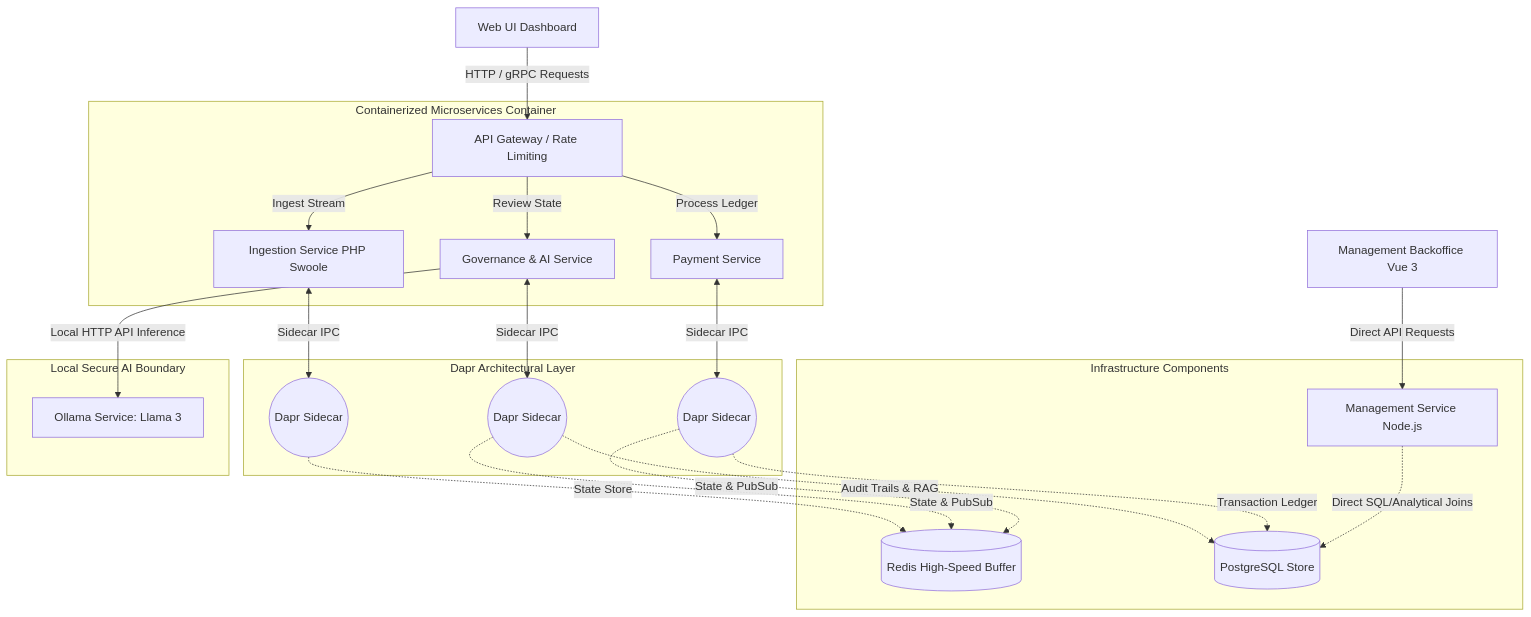
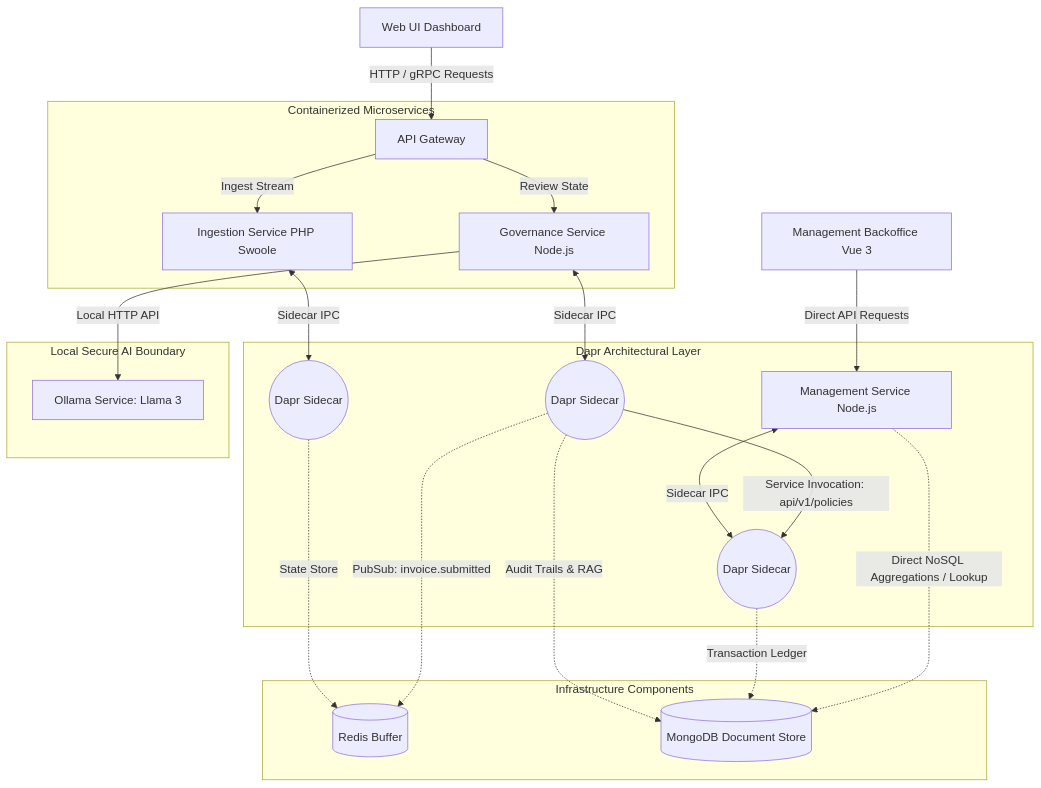
Before and after one commit to roman-shneer/InvoiceApprovalFlow: the first of 4 diagrams in docs/ARCHITECTURE.md, drawn with Mermaid. The commit also changed other lines of this file and 10 other files, not shown here.

Commit message:
feat: setup core mongodb and redis infrastructure with dapr components

````diff
--- a/docs/ARCHITECTURE.md
+++ b/docs/ARCHITECTURE.md
@@ -22,30 +22,29 @@
 ```mermaid
 graph TD
-    Client[Web UI Dashboard] -->|HTTP / gRPC Requests| Gateway[API Gateway / Rate Limiting]
+    Client[Web UI Dashboard] -->|HTTP / gRPC Requests| Gateway[API Gateway]
     ManagerUI[Management Backoffice Vue 3] -->|Direct API Requests| Management[Management Service Node.js]
     
-    subgraph Containerized Microservices Container
+    subgraph Containerized Microservices
         Gateway -->|Ingest Stream| Ingestion[Ingestion Service PHP Swoole]
-        Gateway -->|Review State| Governance[Governance & AI Service]
-        Gateway -->|Process Ledger| Payment[Payment Service]
+        Gateway -->|Review State| Governance[Governance Service Node.js]
     end
 
     subgraph Dapr Architectural Layer
         Ingestion <-->|Sidecar IPC| Dapr1((Dapr Sidecar))
         Governance <-->|Sidecar IPC| Dapr2((Dapr Sidecar))
-        Payment <-->|Sidecar IPC| Dapr3((Dapr Sidecar))
+        Management <-->|Sidecar IPC| Dapr3((Dapr Sidecar))
     end
 
     subgraph Infrastructure Components
-        Dapr1 -.->|State Store| Redis[(Redis High-Speed Buffer)]
-        Dapr2 -.->|State & PubSub| Redis
-        Dapr3 -.->|State & PubSub| Redis
-        Dapr2 -.->|Audit Trails & RAG| DB[(PostgreSQL Store)]
+        Dapr1 -.->|State Store| Redis[(Redis Buffer)]
+        Dapr2 -.->|PubSub: invoice.submitted| Redis
+        Dapr2 -->|Service Invocation: api/v1/policies| Dapr3
+        Dapr2 -.->|Audit Trails & RAG| DB[(MongoDB Document Store)]
         Dapr3 -.->|Transaction Ledger| DB
-        Management -.->|Direct SQL/Analytical Joins| DB
+        Management -.->|Direct NoSQL Aggregations / Lookup| DB
     end
 
     subgraph Local Secure AI Boundary
-        Governance -->|Local HTTP API Inference| Ollama[Ollama Service: Llama 3]
+        Governance -->|Local HTTP API| Ollama[Ollama Service: Llama 3]
     end
 ```
````
